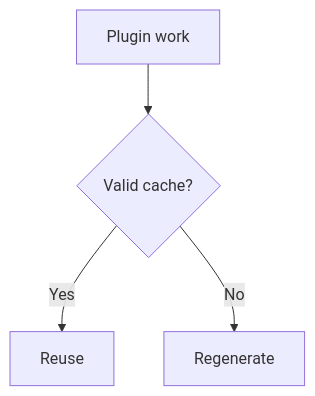
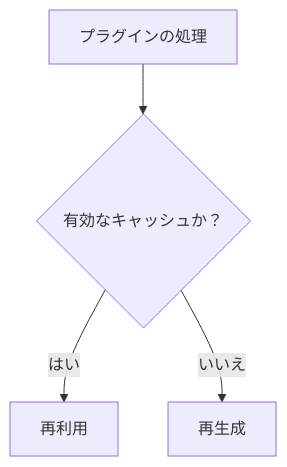
The diagram in docs/docs/glossary/plugin-cache.ja.md (Rerurate514/riebeckite), drawn with Mermaid before and after one commit. The commit also changed other lines of this file and 310 other files, not shown here.

````diff
--- a/docs/docs/glossary/plugin-cache.ja.md
+++ b/docs/docs/glossary/plugin-cache.ja.md
@@ -25,8 +25,8 @@
 ```mermaid
 flowchart TD
-  Work["Plugin work"]
-  Cache{"Valid cache?"}
+  Work["プラグインの処理"]
+  Cache{"有効なキャッシュか？"}
   Work --> Cache
-  Cache -->|Yes| Reuse["Reuse"]
-  Cache -->|No| Regenerate["Regenerate"]
+  Cache -->|はい| Reuse["再利用"]
+  Cache -->|いいえ| Regenerate["再生成"]
 ```
````
